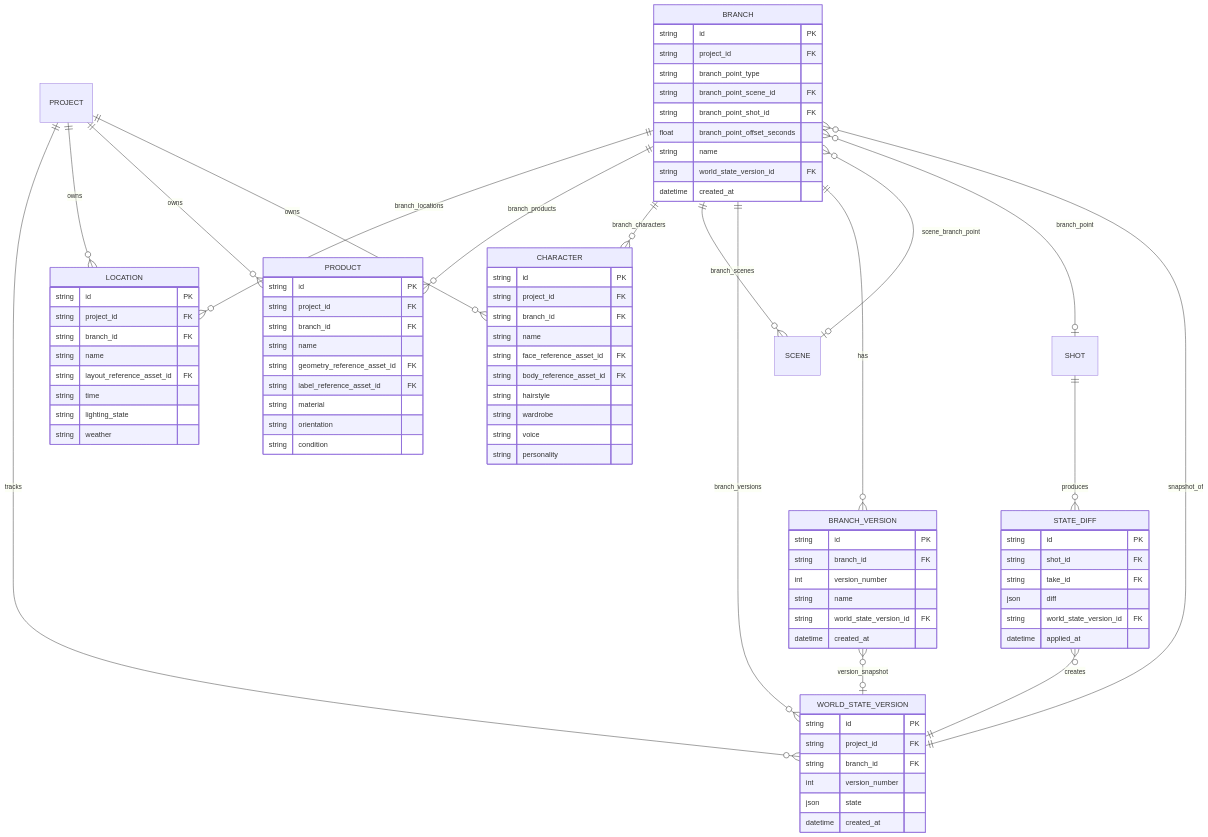
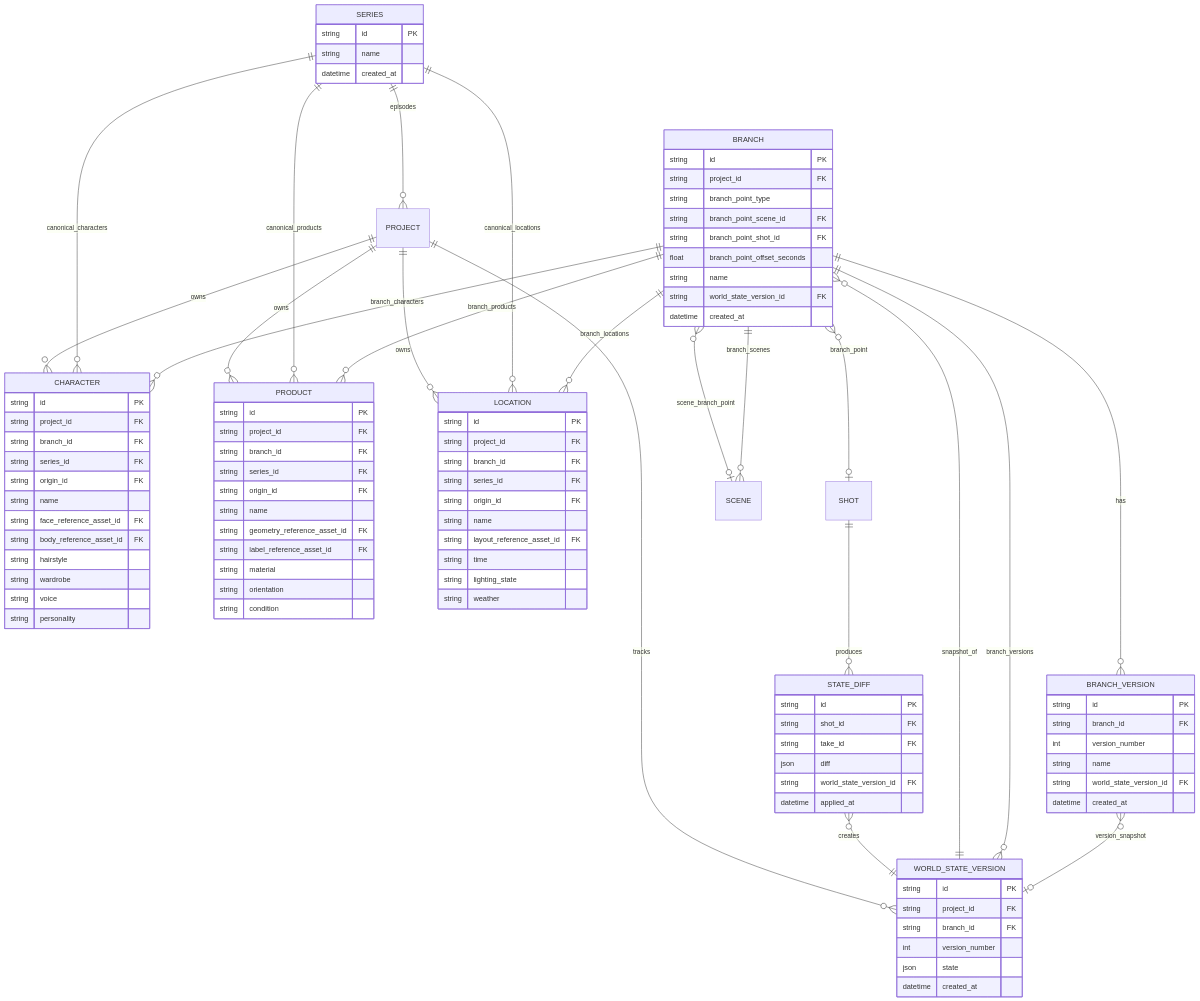
One commit to ousiassllc/mam changed the third of 5 diagrams in spec/architecture/er.md. Above: the diagram before and after it, drawn with Mermaid. The commit also changed other lines of this file and 6 other files, not shown here.

```diff
--- a/spec/architecture/er.md
+++ b/spec/architecture/er.md
@@ -141,6 +149,10 @@
     PROJECT ||--o{ CHARACTER : owns
     PROJECT ||--o{ PRODUCT : owns
     PROJECT ||--o{ LOCATION : owns
+    SERIES ||--o{ PROJECT : episodes
+    SERIES ||--o{ CHARACTER : canonical_characters
+    SERIES ||--o{ PRODUCT : canonical_products
+    SERIES ||--o{ LOCATION : canonical_locations
     PROJECT ||--o{ WORLD_STATE_VERSION : tracks
     SHOT ||--o{ STATE_DIFF : produces
     STATE_DIFF }o--|| WORLD_STATE_VERSION : creates
@@ -159,6 +171,8 @@
         string id PK
         string project_id FK
         string branch_id FK
+        string series_id FK
+        string origin_id FK
         string name
         string face_reference_asset_id FK
         string body_reference_asset_id FK
@@ -171,6 +185,8 @@
         string id PK
         string project_id FK
         string branch_id FK
+        string series_id FK
+        string origin_id FK
         string name
         string geometry_reference_asset_id FK
         string label_reference_asset_id FK
@@ -182,6 +198,8 @@
         string id PK
         string project_id FK
         string branch_id FK
+        string series_id FK
+        string origin_id FK
         string name
         string layout_reference_asset_id FK
         string time
@@ -194,6 +212,11 @@
         string branch_id FK
         int version_number
         json state
+        datetime created_at
+    }
+    SERIES {
+        string id PK
+        string name
         datetime created_at
     }
     STATE_DIFF {
```
